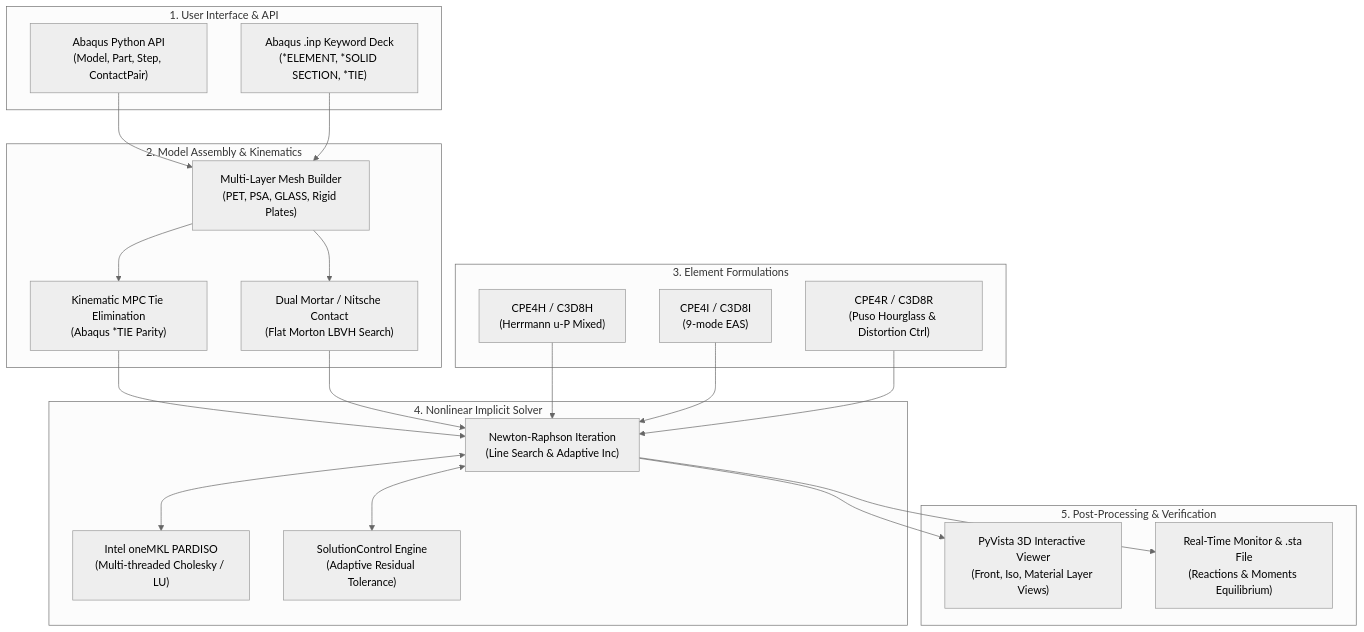
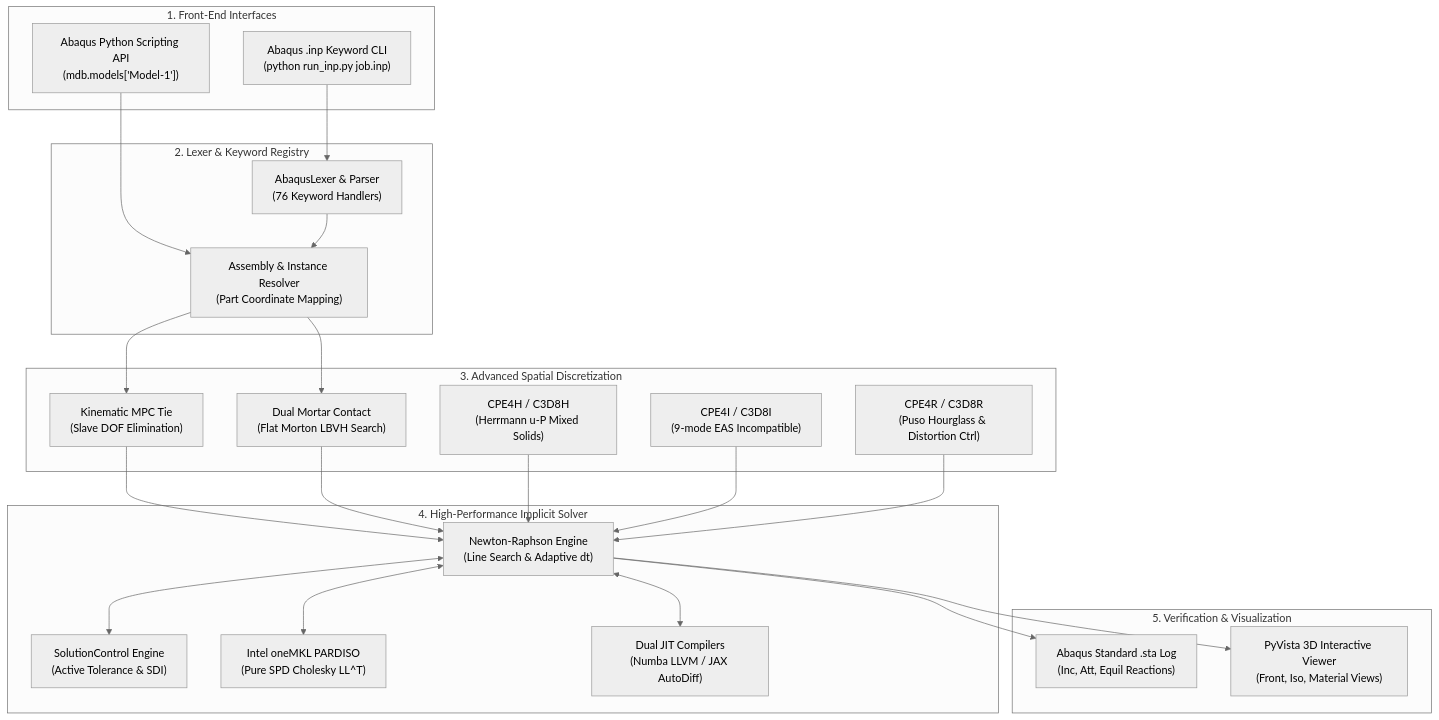
The diagram in README.md (WonhoLee1/WHT_DispFoldSolver), drawn with Mermaid (neutral theme) before and after one commit. The commit also changed other lines of this file, not shown here.

Commit message:
docs: enrich README.md with comprehensive Abaqus solver parity, 76 supported keywords, and architectural advantages

````diff
--- a/README.md
+++ b/README.md
@@ -60,44 +127,48 @@
 ```mermaid
 flowchart TD
-    subgraph Input ["1. User Interface & API"]
-        API["Abaqus Python API\n(Model, Part, Step, ContactPair)"]
-        INP["Abaqus .inp Keyword Deck\n(*ELEMENT, *SOLID SECTION, *TIE)"]
+    subgraph UI ["1. Front-End Interfaces"]
+        API["Abaqus Python Scripting API\n(mdb.models['Model-1'])"]
+        CLI["Abaqus .inp Keyword CLI\n(python run_inp.py job.inp)"]
     end
 
-    subgraph Assembly ["2. Model Assembly & Kinematics"]
-        MESH["Multi-Layer Mesh Builder\n(PET, PSA, GLASS, Rigid Plates)"]
-        TIE["Kinematic MPC Tie Elimination\n(Abaqus *TIE Parity)"]
-        CTC["Dual Mortar / Nitsche Contact\n(Flat Morton LBVH Search)"]
+    subgraph Parser ["2. Lexer & Keyword Registry"]
+        LEX["AbaqusLexer & Parser\n(76 Keyword Handlers)"]
+        ASM["Assembly & Instance Resolver\n(Part Coordinate Mapping)"]
     end
 
-    subgraph Elements ["3. Element Formulations"]
-        E_UP["CPE4H / C3D8H\n(Herrmann u-P Mixed)"]
-        E_EAS["CPE4I / C3D8I\n(9-mode EAS)"]
+    subgraph Discretization ["3. Advanced Spatial Discretization"]
+        E_UP["CPE4H / C3D8H\n(Herrmann u-P Mixed Solids)"]
+        E_EAS["CPE4I / C3D8I\n(9-mode EAS Incompatible)"]
         E_RD["CPE4R / C3D8R\n(Puso Hourglass & Distortion Ctrl)"]
+        TIE_MPC["Kinematic MPC Tie\n(Slave DOF Elimination)"]
+        CTC_LBVH["Dual Mortar Contact\n(Flat Morton LBVH Search)"]
     end
 
-    subgraph CoreSolver ["4. Nonlinear Implicit Solver"]
-        NR["Newton-Raphson Iteration\n(Line Search & Adaptive Inc)"]
-        MKL["Intel oneMKL PARDISO\n(Multi-threaded Cholesky / LU)"]
-        CTRL["SolutionControl Engine\n(Adaptive Residual Tolerance)"]
+    subgraph Solver ["4. High-Performance Implicit Solver"]
+        NR["Newton-Raphson Engine\n(Line Search & Adaptive dt)"]
+        CTRL["SolutionControl Engine\n(Active Tolerance & SDI)"]
+        MKL["Intel oneMKL PARDISO\n(Pure SPD Cholesky LL^T)"]
+        JIT["Dual JIT Compilers\n(Numba LLVM / JAX AutoDiff)"]
     end
 
-    subgraph Output ["5. Post-Processing & Verification"]
-        PV["PyVista 3D Interactive Viewer\n(Front, Iso, Material Layer Views)"]
-        STA["Real-Time Monitor & .sta File\n(Reactions & Moments Equilibrium)"]
+    subgraph Post ["5. Verification & Visualization"]
+        STA["Abaqus Standard .sta Log\n(Inc, Att, Equil Reactions)"]
+        PV["PyVista 3D Interactive Viewer\n(Front, Iso, Material Views)"]
     end
 
-    API --> MESH
-    INP --> MESH
-    MESH --> TIE
-    MESH --> CTC
-    TIE --> NR
-    CTC --> NR
+    API --> ASM
+    CLI --> LEX
+    LEX --> ASM
+    ASM --> TIE_MPC
+    ASM --> CTC_LBVH
+    TIE_MPC --> NR
+    CTC_LBVH --> NR
     E_UP --> NR
     E_EAS --> NR
     E_RD --> NR
+    NR <--> CTRL
     NR <--> MKL
-    NR <--> CTRL
+    NR <--> JIT
     NR --> STA
     NR --> PV
 ```
````
